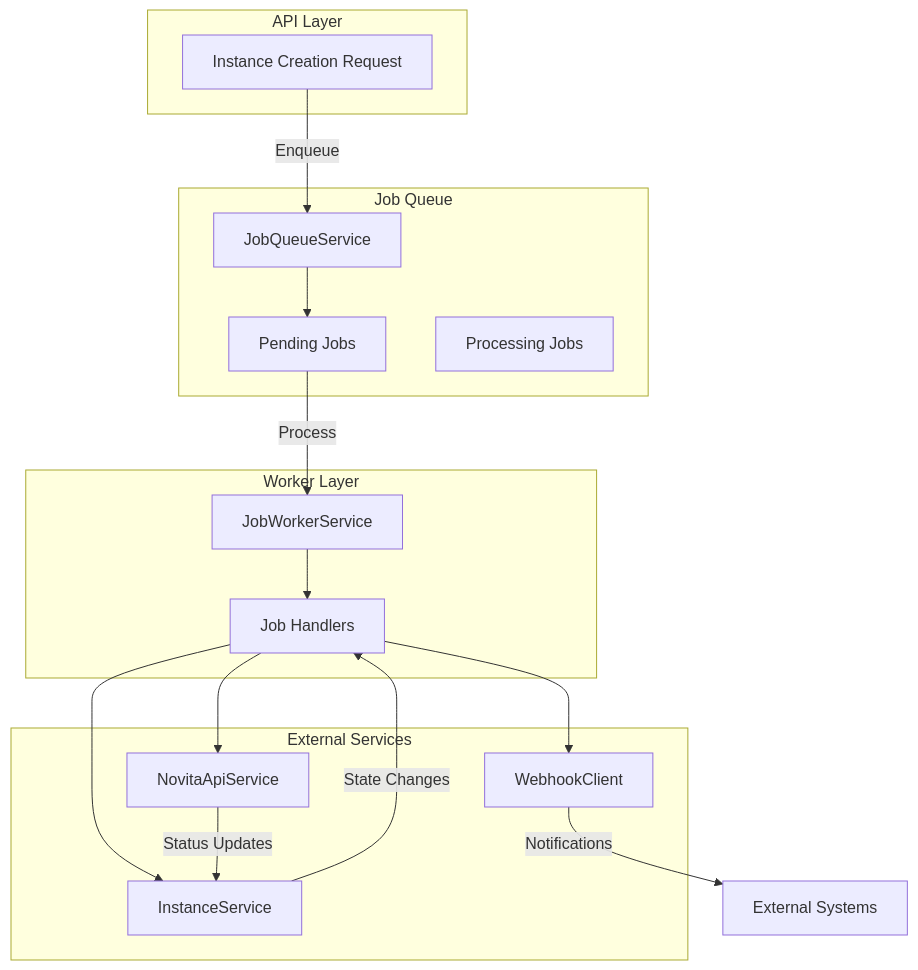
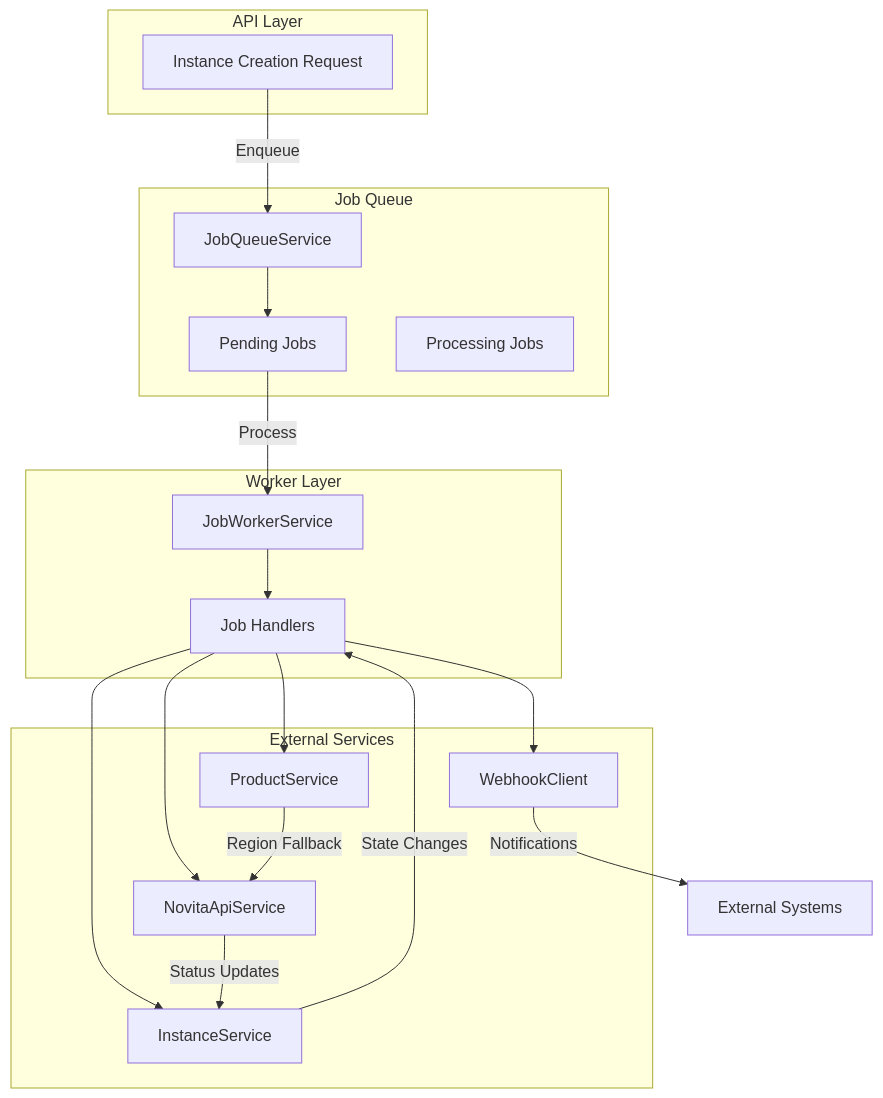
One commit to sontl/novita-ai-api changed the tenth of 10 diagrams in .qoder/repowiki/en/content/Service Architecture/Job Worker Service.md. Above: the diagram before and after it, drawn with Mermaid. The commit also changed other lines of this file and 17 other files, not shown here.

````diff
--- a/.qoder/repowiki/en/content/Service Architecture/Job Worker Service.md
+++ b/.qoder/repowiki/en/content/Service Architecture/Job Worker Service.md
@@ -266,30 +346,33 @@
 ```mermaid
 graph TB
 subgraph "API Layer"
 A[Instance Creation Request]
 end
 subgraph "Job Queue"
 B[JobQueueService]
 C[Pending Jobs]
 D[Processing Jobs]
 end
 subgraph "Worker Layer"
 E[JobWorkerService]
 F[Job Handlers]
 end
 subgraph "External Services"
 G[NovitaApiService]
 H[InstanceService]
 I[WebhookClient]
+J[ProductService]
 end
 A --> |Enqueue| B
 B --> C
 C --> |Process| E
 E --> F
 F --> G
 F --> H
 F --> I
+F --> J
 G --> |Status Updates| H
 H --> |State Changes| F
 I --> |Notifications| External[External Systems]
+J --> |Region Fallback| G
 ```
````
